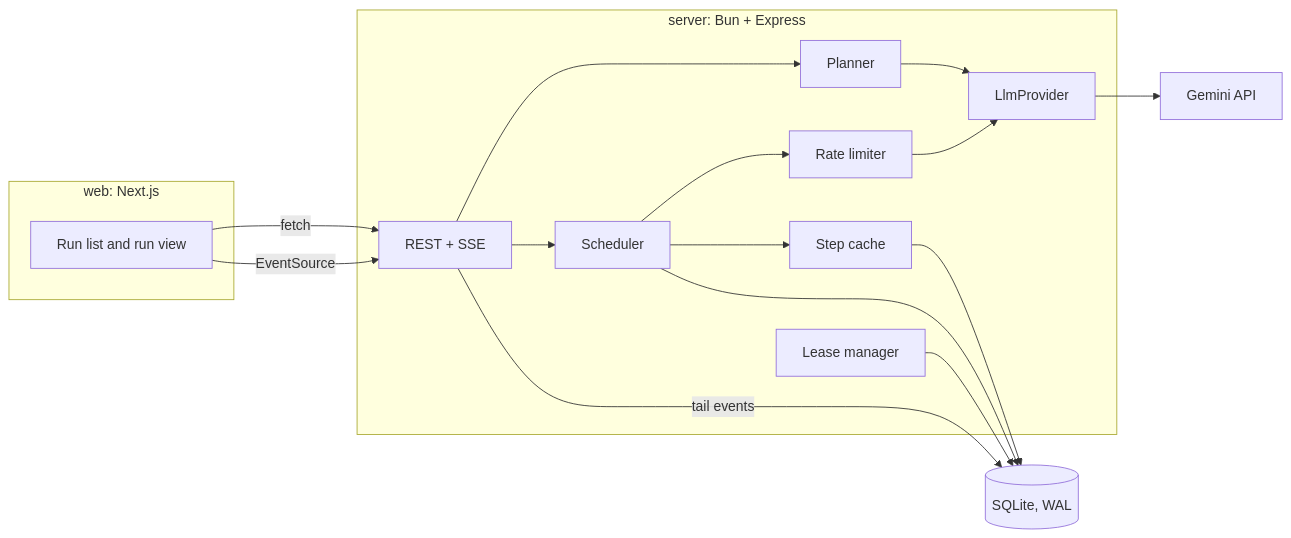
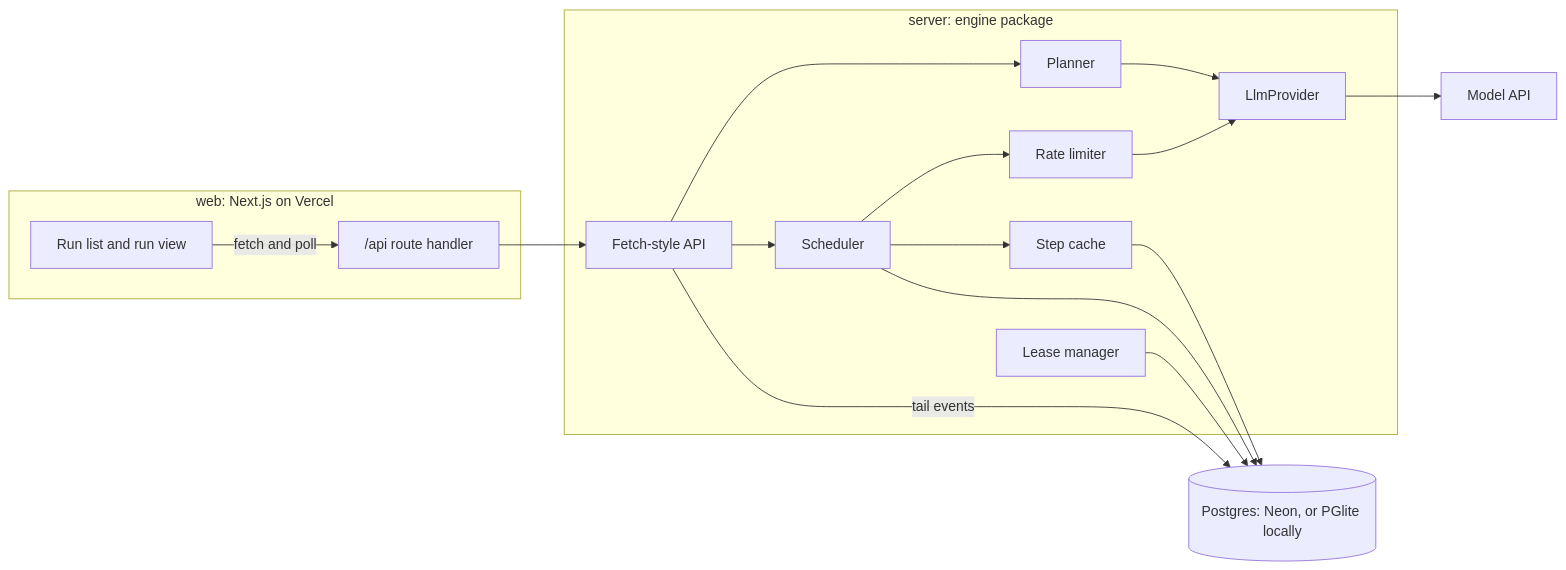
One commit to PDGamerSG/Workflow-Orchestration-Engine changed the first of 2 diagrams in docs/design.md. Above: the diagram before and after it, drawn with Mermaid. The commit also changed other lines of this file and 2 other files, not shown here.

First line of the commit message:
Document deploying to Vercel with Neon

````diff
--- a/docs/design.md
+++ b/docs/design.md
@@ -28,27 +28,27 @@
 ```mermaid
 flowchart LR
-  subgraph web [web: Next.js]
+  subgraph web [web: Next.js on Vercel]
     UI[Run list and run view]
+    ROUTE["/api route handler"]
   end
-  subgraph server [server: Bun + Express]
-    API[REST + SSE]
+  subgraph server [server: engine package]
+    API[Fetch-style API]
     PL[Planner]
     SCH[Scheduler]
     LSE[Lease manager]
     RL[Rate limiter]
     CACHE[Step cache]
     LLM[LlmProvider]
   end
-  DB[(SQLite, WAL)]
-  G[Gemini API]
+  DB[(Postgres: Neon, or PGlite locally)]
+  G[Model API]
 
-  UI -- fetch --> API
-  UI -- EventSource --> API
+  UI -- fetch and poll --> ROUTE --> API
   API --> PL --> LLM
   API --> SCH
   SCH --> RL --> LLM --> G
   SCH --> CACHE --> DB
   SCH --> DB
   LSE --> DB
   API -- tail events --> DB
 ```
````
